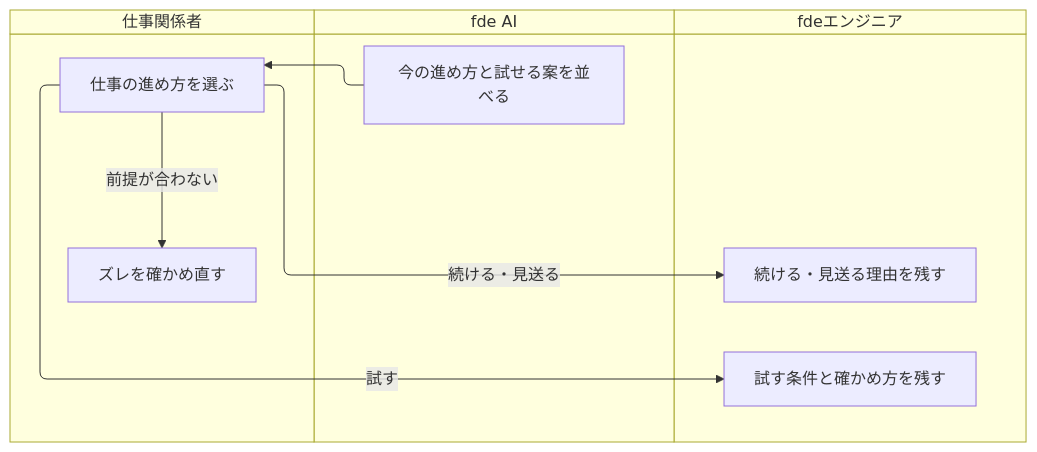
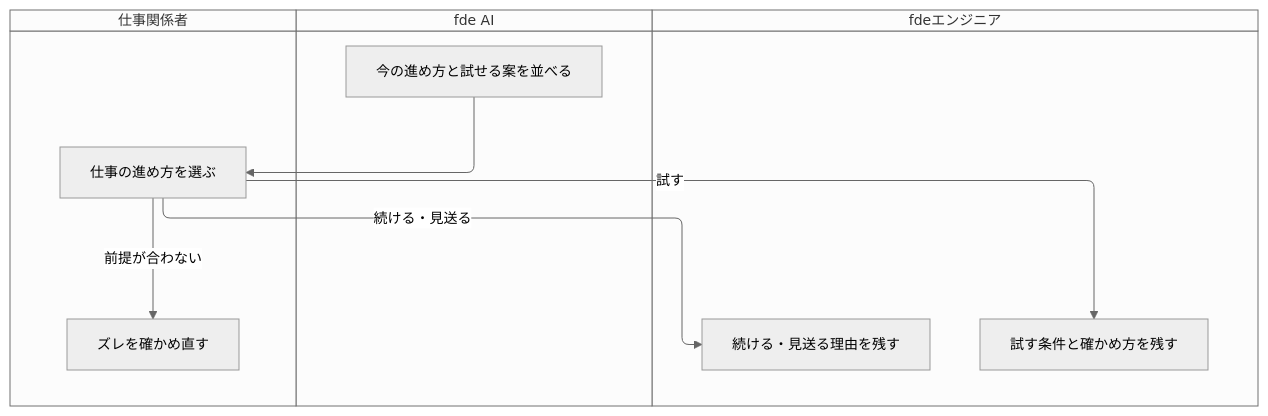
Before and after one commit to maakbo/fde: the second of 2 diagrams in experiments/fde-product-pivot/visualization/work/decide/README.md, drawn with Mermaid. The commit also changed other lines of this file and 5 other files, not shown here.

````diff
--- a/experiments/fde-product-pivot/visualization/work/decide/README.md
+++ b/experiments/fde-product-pivot/visualization/work/decide/README.md
@@ -58,19 +64,31 @@
 ```mermaid
+---
+config:
+  theme: neutral
+  swimlane:
+    ignoreCrossLaneEdges: false
+    optimizeRanksByCrossings: false
+  themeVariables:
+    fontFamily: "Inter, Hiragino Sans, sans-serif"
+    fontSize: "14px"
+---
 swimlane-beta TB
+  accTitle: 続けるか、試すかを選ぶ
+  accDescr: fde AIが案を並べ、仕事関係者が進め方を選びます。試す場合は条件と確かめ方、続けるか見送る場合は理由を残します。前提が合わなければ確かめ直します。
   %% 手順は上から下。誰が判断し、どこで情報を受け渡すかを示す。
   subgraph people [仕事関係者]
     choose["仕事の進め方を選ぶ"]
     recheck["ズレを確かめ直す"]
   end
   subgraph ai [fde AI]
     options["今の進め方と試せる案を並べる"]
   end
   subgraph engineer [fdeエンジニア]
     trial["試す条件と確かめ方を残す"]
     keep["続ける・見送る理由を残す"]
   end
   options --> choose
   choose -->|試す| trial
   choose -->|続ける・見送る| keep
   choose -->|前提が合わない| recheck
 ```
````
